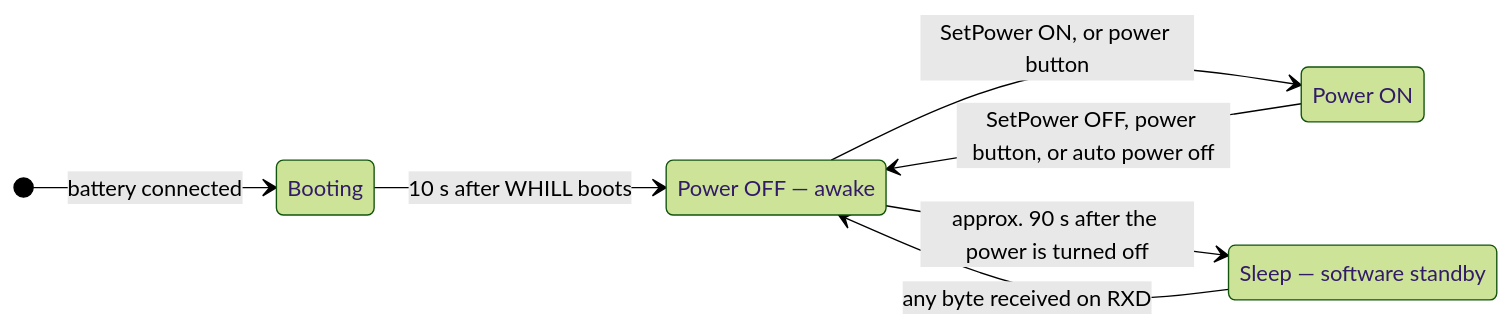
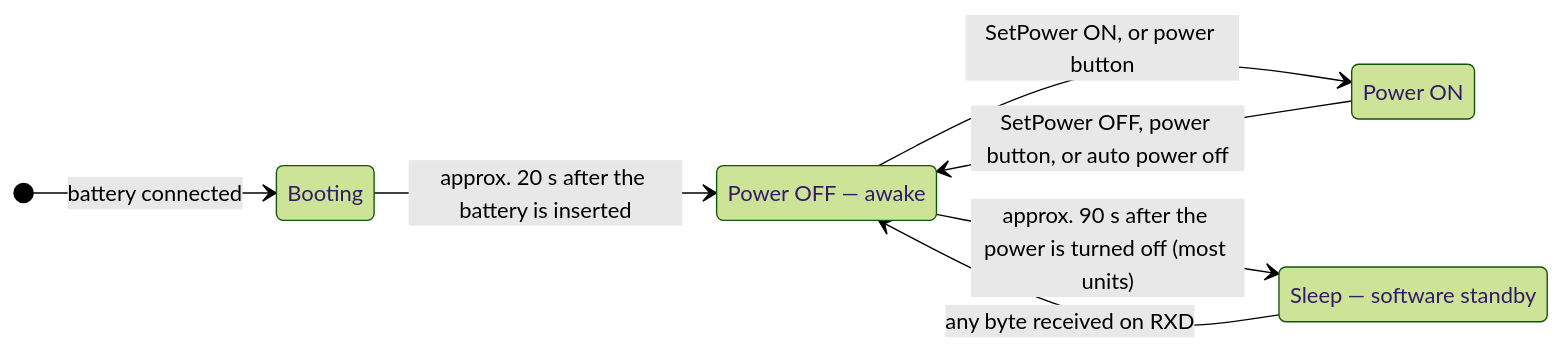
The second of 8 diagrams in doc/WHILL_Serial_API_Specification.md (GeorgeMandokoro/WHILL_Serial_API), drawn with Mermaid (forest theme) before and after one commit. The commit also changed other lines of this file, not shown here.

````diff
--- a/doc/WHILL_Serial_API_Specification.md
+++ b/doc/WHILL_Serial_API_Specification.md
@@ -105,15 +110,15 @@
 ```mermaid
 stateDiagram-v2
     direction LR
     state "Booting" as BOOT
     state "Power OFF — awake" as OFF
     state "Power ON" as ON
     state "Sleep — software standby" as SLEEP
 
     [*] --> BOOT : battery connected
-    BOOT --> OFF : 10 s after WHILL boots
+    BOOT --> OFF : approx. 20 s after the battery is inserted
     OFF --> ON : SetPower ON, or power button
     ON --> OFF : SetPower OFF, power button, or auto power off
-    OFF --> SLEEP : approx. 90 s after the power is turned off
+    OFF --> SLEEP : approx. 90 s after the power is turned off (most units)
     SLEEP --> OFF : any byte received on RXD
 ```
````
